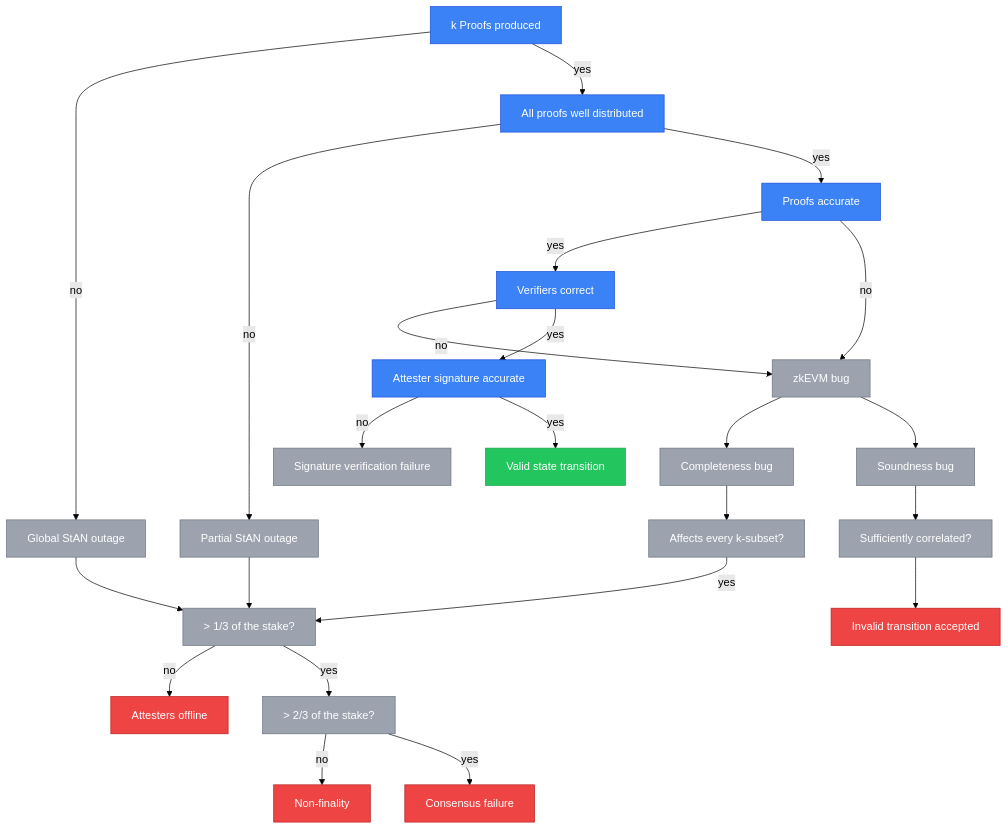
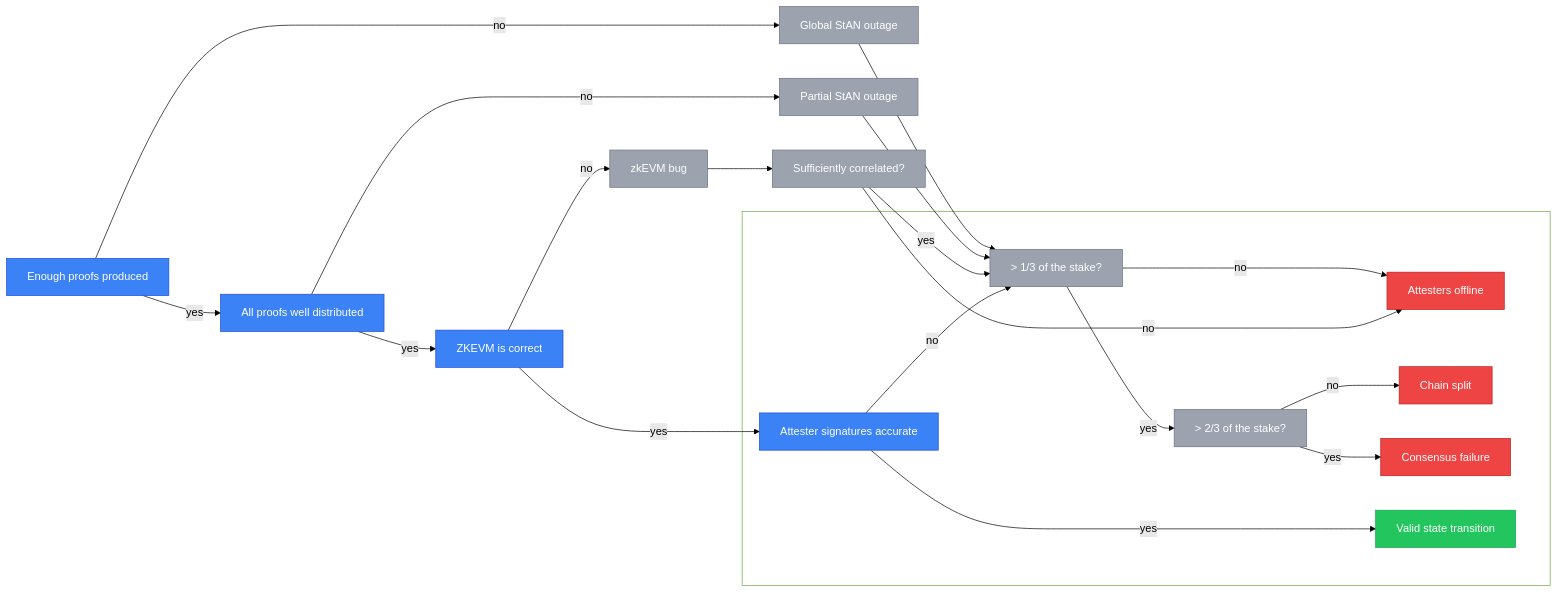
The diagram in 2026-02-optional-threat/optional.mmd (codygunton/talks-and-writing), drawn with Mermaid (forest theme) before and after one commit.

Commit message:
reorg diagram after metting

```diff
--- a/2026-02-optional-threat/optional.mmd
+++ b/2026-02-optional-threat/optional.mmd
@@ -1,57 +1,52 @@
-flowchart TD
+flowchart LR
     classDef protocol fill:#3b82f6,stroke:#1d4ed8,color:#fff
     classDef question fill:#9ca3af,stroke:#6b7280,color:#fff
     classDef bad fill:#ef4444,stroke:#b91c1c,color:#fff
     classDef good fill:#22c55e,stroke:#16a34a,color:#fff
 
-    proofs_produced["k Proofs produced"]:::protocol
+    zkevm_correct["ZKEVM is correct"]:::protocol
     proofs_well_distributed["All proofs well distributed"]:::protocol
-    proofs_valid["Proofs accurate"]:::protocol
-    verifier_correct["Verifiers correct"]:::protocol
-    signature_valid["Attester signature accurate"]:::protocol
+    proofs_produced["Enough proofs produced"]:::protocol
+
+    subgraph classical[" "]
+        signature_valid["Attester signatures accurate"]:::protocol
+        stan_big["> 1/3 of the stake?"]:::question
+        stan_huge["> 2/3 of the stake?"]:::question
+      subgraph outcomes[" "]
+        attesters_offline["Attesters offline"]:::bad
+        not_finalizing["Chain split"]:::bad
+        consensus_failure["Consensus failure"]:::bad
+        valid_transition["Valid state transition"]:::good
+      end
+    end
 
     stan_global_outage["Global StAN outage"]:::question
-    stan_big["> 1/3 of the stake?"]:::question
-    stan_huge["> 2/3 of the stake?"]:::question
     stan_partial_outage["Partial StAN outage"]:::question
-    all_k_1["Affects every k-subset?"]:::question
-    sufficiently_corrleated["Sufficiently correlated?"]:::question
-    signature_failure["Signature verification failure"]:::question
-    soundness_bug["Soundness bug"]:::question
-    completeness_bug["Completeness bug"]:::question
+    sufficiently_correlated["Sufficiently correlated?"]:::question
     zkevm_bug["zkEVM bug"]:::question
 
-
-    attesters_offline["Attesters offline"]:::bad
-    not_finalizing["Non-finality"]:::bad
-    consensus_failure["Consensus failure"]:::bad
-    invalid_transition["Invalid transition accepted"]:::bad
-
-    valid_transition["Valid state transition"]:::good
 
     proofs_produced -- "no" --> stan_global_outage
     stan_global_outage --> stan_big
     stan_big --"no"--> attesters_offline
     stan_big --"yes"--> stan_huge
     stan_huge --"no"--> not_finalizing
     stan_huge --"yes"--> consensus_failure
     proofs_produced -- "yes" --> proofs_well_distributed
 
+    proofs_well_distributed -- "yes" --> zkevm_correct
     proofs_well_distributed -- "no" --> stan_partial_outage
     stan_partial_outage --> stan_big
-    proofs_well_distributed -- "yes" --> proofs_valid
 
-    proofs_valid -- "yes" --> verifier_correct
-    proofs_valid -- "no" --> zkevm_bug
-    zkevm_bug --> completeness_bug
-    completeness_bug --> all_k_1
-    all_k_1 -- "yes" --> stan_big
-    zkevm_bug --> soundness_bug
-    soundness_bug --> sufficiently_corrleated
-    sufficiently_corrleated --> invalid_transition
+    zkevm_bug --> sufficiently_correlated
+    sufficiently_correlated -- "yes" --> stan_big
+    sufficiently_correlated -- "no" --> attesters_offline
 
-    verifier_correct -- "no" --> zkevm_bug
-    verifier_correct -- "yes" --> signature_valid
+    zkevm_correct -- "no" --> zkevm_bug
+    zkevm_correct -- "yes" --> signature_valid
 
-    signature_valid -- "no" --> signature_failure
+    signature_valid -- "no" --> stan_big
     signature_valid -- "yes" --> valid_transition
+
+    style classical fill:none
+    style outcomes fill:none, stroke:none
```
